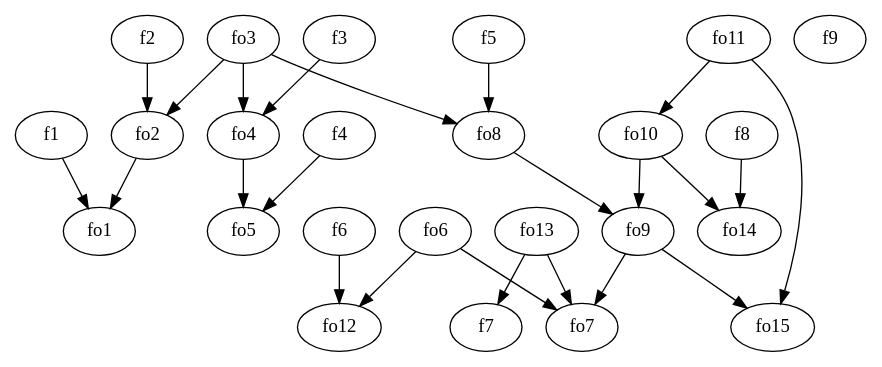
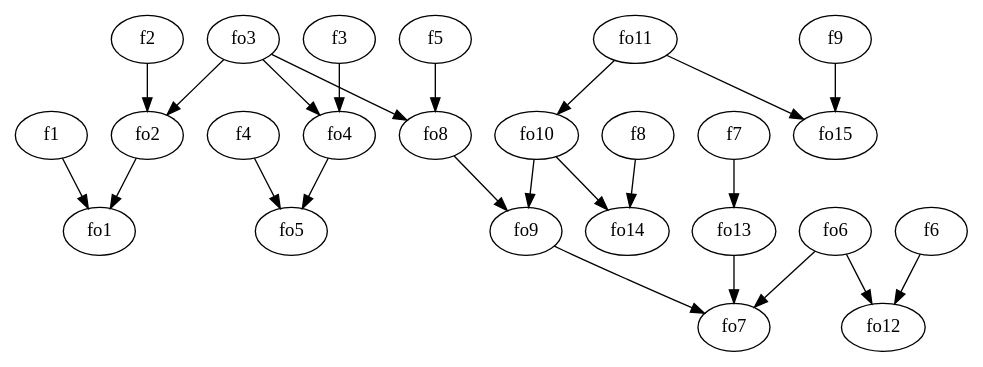
Before and after one commit to CIDARLAB/Vespa-Algorithm: the diagram in TestCaseFiles/lrb/lrb3_flow.dot, drawn with Graphviz. The commit also changed 5 other files, not shown here.

```diff
--- a/TestCaseFiles/lrb/lrb3_flow.dot
+++ b/TestCaseFiles/lrb/lrb3_flow.dot
@@ -1,49 +1,49 @@
 strict digraph  {
 f1;
 f2;
 f3;
 f4;
 f5;
 f6;
 f7;
 f8;
 f9;
 fo1;
 fo2;
 fo3;
 fo4;
 fo5;
 fo6;
 fo7;
 fo8;
 fo9;
 fo10;
 fo11;
 fo12;
 fo13;
 fo14;
 fo15;
 f1 -> fo1  [weight=2];
 f2 -> fo2  [weight=2];
 f3 -> fo4  [weight=2];
 f4 -> fo5  [weight=2];
 f5 -> fo8  [weight=2];
 f6 -> fo12  [weight=2];
+f7 -> fo13  [weight=2];
 f8 -> fo14  [weight=2];
+f9 -> fo15  [weight=2];
 fo2 -> fo1  [weight=2];
 fo3 -> fo2  [weight=2];
 fo3 -> fo4  [weight=2];
 fo3 -> fo8  [weight=2];
 fo4 -> fo5  [weight=2];
 fo6 -> fo7  [weight=2];
 fo6 -> fo12  [weight=2];
 fo8 -> fo9  [weight=2];
 fo9 -> fo7  [weight=2];
-fo9 -> fo15  [weight=2];
 fo10 -> fo9  [weight=2];
 fo10 -> fo14  [weight=2];
 fo11 -> fo10  [weight=2];
 fo11 -> fo15  [weight=2];
 fo13 -> fo7  [weight=2];
-fo13 -> f7  [weight=2];
 }
```
